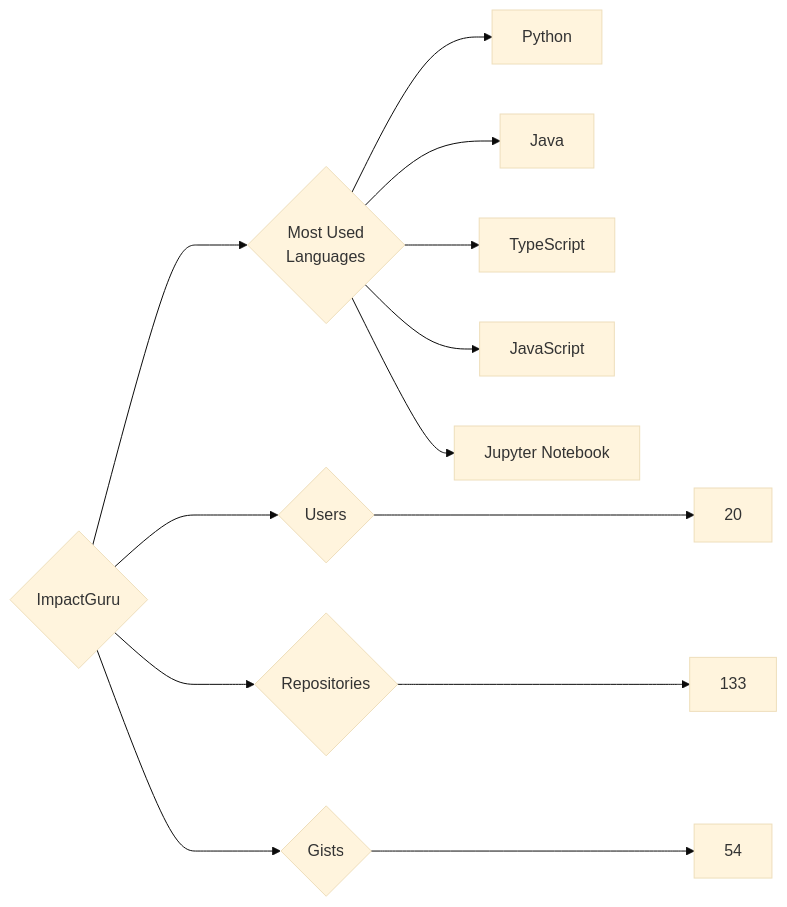
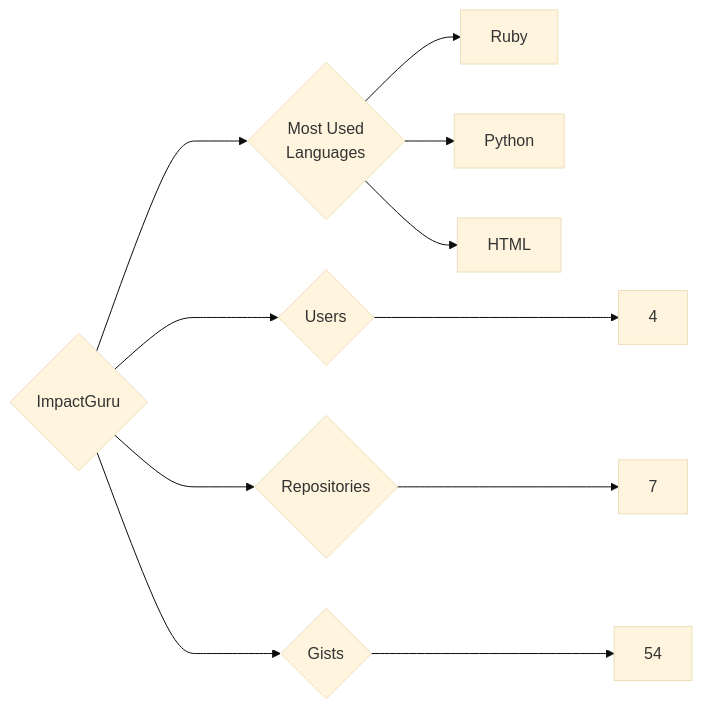
One commit to trickest/insiders changed the diagram in targets/ImpactGuru/README.md. Above: the diagram before and after it, drawn with Mermaid (base theme). The commit also changed 944 other files, not shown here.

````diff
--- a/targets/ImpactGuru/README.md
+++ b/targets/ImpactGuru/README.md
@@ -3,13 +3,11 @@
 ```mermaid
 graph LR
 COMPANY_NAME{ImpactGuru}
-COMPANY_NAME ---> U{Users} ---> UN[20]
-COMPANY_NAME ---> R{Repositories} ---> RN[133]
+COMPANY_NAME ---> U{Users} ---> UN[4]
+COMPANY_NAME ---> R{Repositories} ---> RN[7]
 COMPANY_NAME ---> G{Gists} ---> GN[54]
 COMPANY_NAME ---> ML{Most Used<br>Languages}
+ML --> Ruby[Ruby]
 ML --> Python[Python]
-ML --> Java[Java]
-ML --> TypeScript[TypeScript]
-ML --> JavaScript[JavaScript]
-ML --> Jupyter_Notebook[Jupyter Notebook]
+ML --> HTML[HTML]
 ```
````
